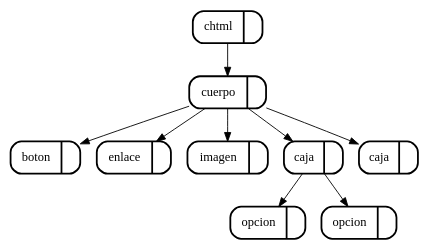
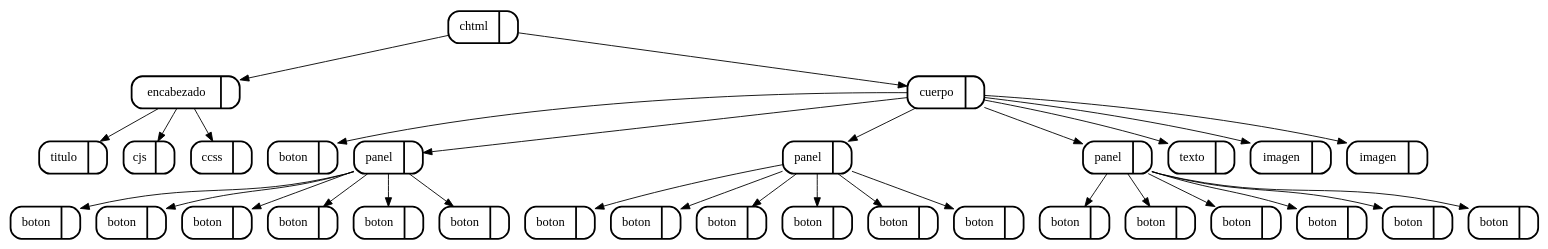
The diagram in USAC_WEB/Imagenes/arbol_dom.dot (skrillfer/1s2018_CMP2P1), drawn with Graphviz before and after one commit. The commit also changed 18 other files, not shown here.

```diff
--- a/USAC_WEB/Imagenes/arbol_dom.dot
+++ b/USAC_WEB/Imagenes/arbol_dom.dot
@@ -1,21 +1,65 @@
 digraph G {
 node[shape=Mrecord]
-27[label="chtml | ",style=bold]
-26[label="cuerpo | ",style=bold]
-{27}->{26}
-2[label="boton | ",style=bold]
-{26}->{2}
-5[label="enlace | ",style=bold]
-{26}->{5}
-11[label="imagen | ",style=bold]
-{26}->{11}
-22[label="caja | ",style=bold]
-{26}->{22}
-17[label="opcion | ",style=bold]
-{22}->{17}
-21[label="opcion | ",style=bold]
-{22}->{21}
-25[label="caja | ",style=bold]
-{26}->{25}
+90[label="chtml | ",style=bold]
+89[label="encabezado | ",style=bold]
+{90}->{89}
+2[label="titulo | ",style=bold]
+{89}->{2}
+6[label="cjs | ",style=bold]
+{89}->{6}
+9[label="ccss | ",style=bold]
+{89}->{9}
+87[label="cuerpo | ",style=bold]
+{90}->{87}
+13[label="boton | ",style=bold]
+{87}->{13}
+33[label="panel | ",style=bold]
+{87}->{33}
+21[label="boton | ",style=bold]
+{33}->{21}
+24[label="boton | ",style=bold]
+{33}->{24}
+26[label="boton | ",style=bold]
+{33}->{26}
+28[label="boton | ",style=bold]
+{33}->{28}
+30[label="boton | ",style=bold]
+{33}->{30}
+32[label="boton | ",style=bold]
+{33}->{32}
+52[label="panel | ",style=bold]
+{87}->{52}
+40[label="boton | ",style=bold]
+{52}->{40}
+43[label="boton | ",style=bold]
+{52}->{43}
+45[label="boton | ",style=bold]
+{52}->{45}
+47[label="boton | ",style=bold]
+{52}->{47}
+49[label="boton | ",style=bold]
+{52}->{49}
+51[label="boton | ",style=bold]
+{52}->{51}
+71[label="panel | ",style=bold]
+{87}->{71}
+59[label="boton | ",style=bold]
+{71}->{59}
+62[label="boton | ",style=bold]
+{71}->{62}
+64[label="boton | ",style=bold]
+{71}->{64}
+66[label="boton | ",style=bold]
+{71}->{66}
+68[label="boton | ",style=bold]
+{71}->{68}
+70[label="boton | ",style=bold]
+{71}->{70}
+75[label="texto | ",style=bold]
+{87}->{75}
+80[label="imagen | ",style=bold]
+{87}->{80}
+85[label="imagen | ",style=bold]
+{87}->{85}
 
 }
```
